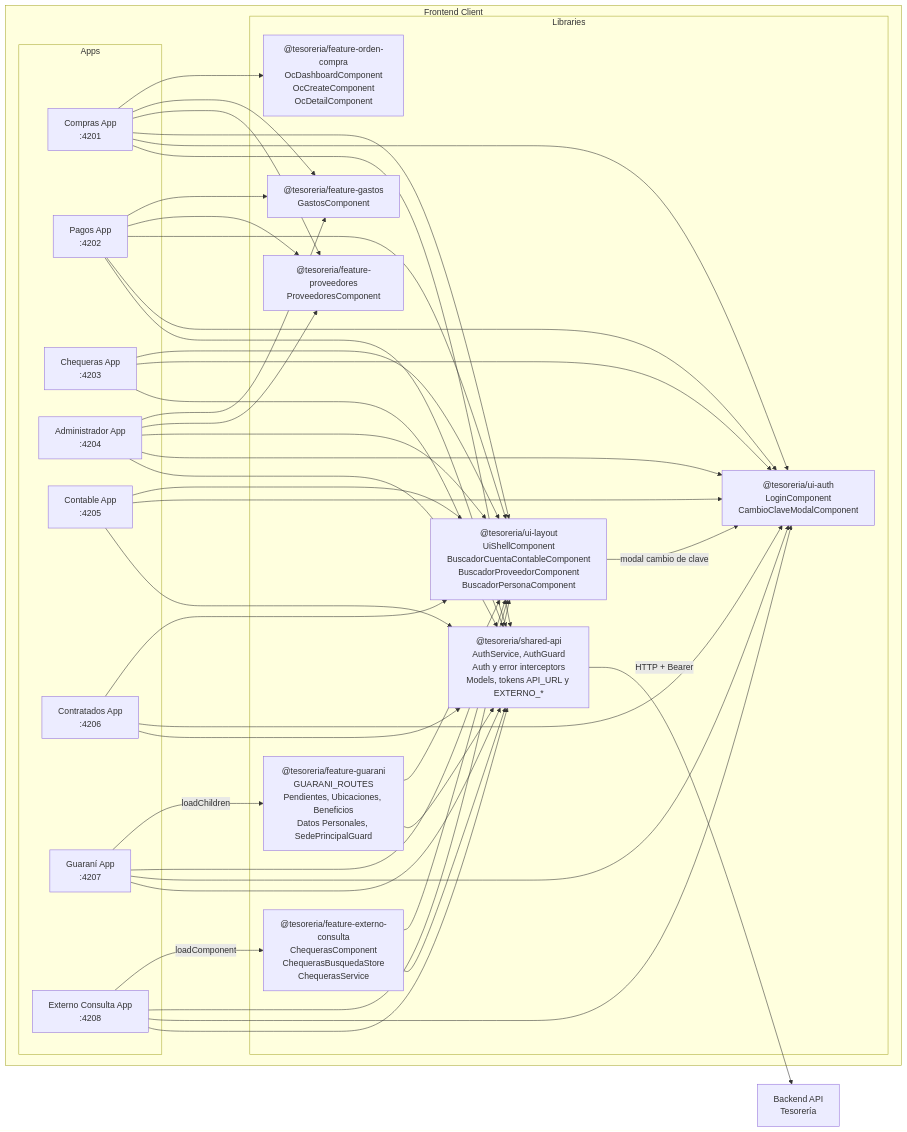
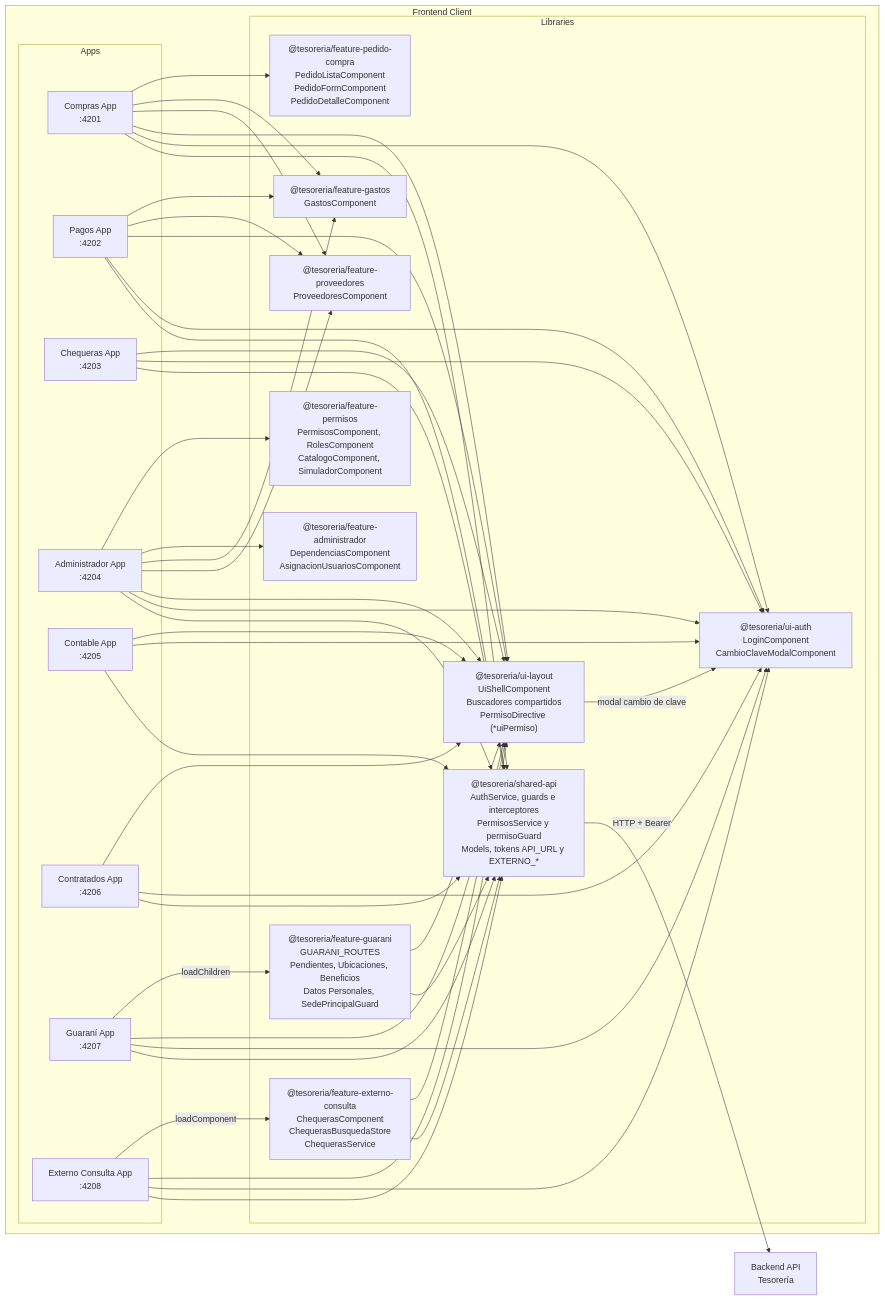
Before and after one commit to UM-services/UM.tesoreria.frontend-client: the first of 7 diagrams in docs/architecture.md, drawn with Mermaid. The commit also changed other lines of this file and 2 other files, not shown here.

First line of the commit message:
docs: reflejar libs y gating de permisos

````diff
--- a/docs/architecture.md
+++ b/docs/architecture.md
@@ -5,75 +5,79 @@
 ```mermaid
     flowchart LR
     subgraph "Frontend Client"
         subgraph "Apps"
             Compras["Compras App<br/>:4201"]
             Pagos["Pagos App<br/>:4202"]
             Chequeras["Chequeras App<br/>:4203"]
             Admin["Administrador App<br/>:4204"]
             Contable["Contable App<br/>:4205"]
             Contratados["Contratados App<br/>:4206"]
             Guarani["Guaraní App<br/>:4207"]
             ExternoConsulta["Externo Consulta App<br/>:4208"]
         end
 
         subgraph "Libraries"
-            SharedAPI["@tesoreria/shared-api<br/>AuthService, AuthGuard<br/>Auth y error interceptors<br/>Models, tokens API_URL y EXTERNO_*"]
+            SharedAPI["@tesoreria/shared-api<br/>AuthService, guards e interceptores<br/>PermisosService y permisoGuard<br/>Models, tokens API_URL y EXTERNO_*"]
             UIAuth["@tesoreria/ui-auth<br/>LoginComponent<br/>CambioClaveModalComponent"]
-            UILayout["@tesoreria/ui-layout<br/>UiShellComponent<br/>BuscadorCuentaContableComponent<br/>BuscadorProveedorComponent<br/>BuscadorPersonaComponent"]
+            UILayout["@tesoreria/ui-layout<br/>UiShellComponent<br/>Buscadores compartidos<br/>PermisoDirective (*uiPermiso)"]
             FeatureProveedores["@tesoreria/feature-proveedores<br/>ProveedoresComponent"]
             FeatureGastos["@tesoreria/feature-gastos<br/>GastosComponent"]
-            FeatureOrdenCompra["@tesoreria/feature-orden-compra<br/>OcDashboardComponent<br/>OcCreateComponent<br/>OcDetailComponent"]
+            FeaturePedidoCompra["@tesoreria/feature-pedido-compra<br/>PedidoListaComponent<br/>PedidoFormComponent<br/>PedidoDetalleComponent"]
+            FeatureAdministrador["@tesoreria/feature-administrador<br/>DependenciasComponent<br/>AsignacionUsuariosComponent"]
+            FeaturePermisos["@tesoreria/feature-permisos<br/>PermisosComponent, RolesComponent<br/>CatalogoComponent, SimuladorComponent"]
             FeatureGuarani["@tesoreria/feature-guarani<br/>GUARANI_ROUTES<br/>Pendientes, Ubicaciones, Beneficios<br/>Datos Personales, SedePrincipalGuard"]
             FeatureExterno["@tesoreria/feature-externo-consulta<br/>ChequerasComponent<br/>ChequerasBusquedaStore<br/>ChequerasService"]
         end
     end
 
     Compras --> SharedAPI
     Compras --> UIAuth
     Compras --> UILayout
     Compras --> FeatureProveedores
     Compras --> FeatureGastos
-    Compras --> FeatureOrdenCompra
+    Compras --> FeaturePedidoCompra
 
     Pagos --> SharedAPI
     Pagos --> UIAuth
     Pagos --> UILayout
     Pagos --> FeatureProveedores
     Pagos --> FeatureGastos
 
     Chequeras --> SharedAPI
     Chequeras --> UIAuth
     Chequeras --> UILayout
 
     Admin --> SharedAPI
     Admin --> UIAuth
     Admin --> UILayout
     Admin --> FeatureProveedores
     Admin --> FeatureGastos
+    Admin --> FeatureAdministrador
+    Admin --> FeaturePermisos
 
     Contable --> SharedAPI
     Contable --> UIAuth
     Contable --> UILayout
 
     Contratados --> SharedAPI
     Contratados --> UIAuth
     Contratados --> UILayout
 
     Guarani --> SharedAPI
     Guarani --> UIAuth
     Guarani --> UILayout
     Guarani -->|"loadChildren"| FeatureGuarani
     FeatureGuarani --> SharedAPI
     FeatureGuarani --> UILayout
 
     ExternoConsulta --> SharedAPI
     ExternoConsulta --> UIAuth
     ExternoConsulta --> UILayout
     ExternoConsulta -->|"loadComponent"| FeatureExterno
     FeatureExterno --> SharedAPI
     FeatureExterno --> UILayout
 
     UILayout -->|"modal cambio de clave"| UIAuth
 
     SharedAPI -->|"HTTP + Bearer"| BackendAPI["Backend API<br/>Tesorería"]
 ```
````
